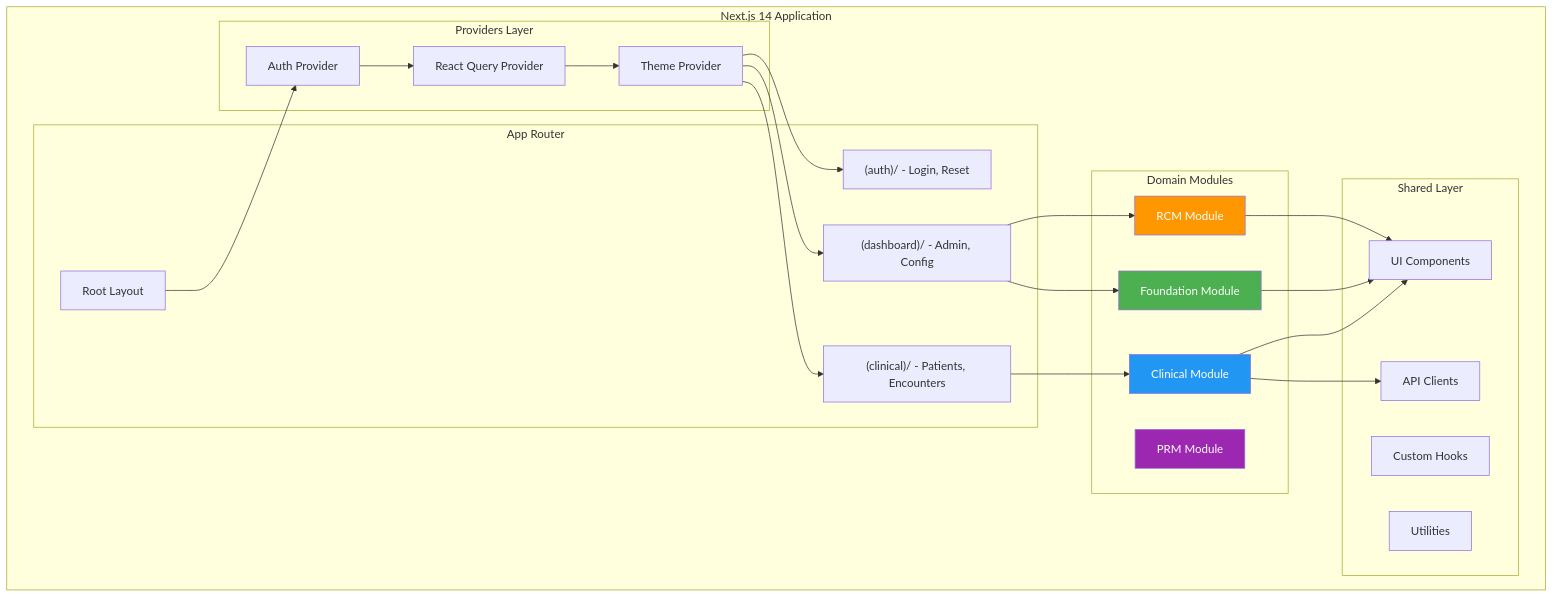
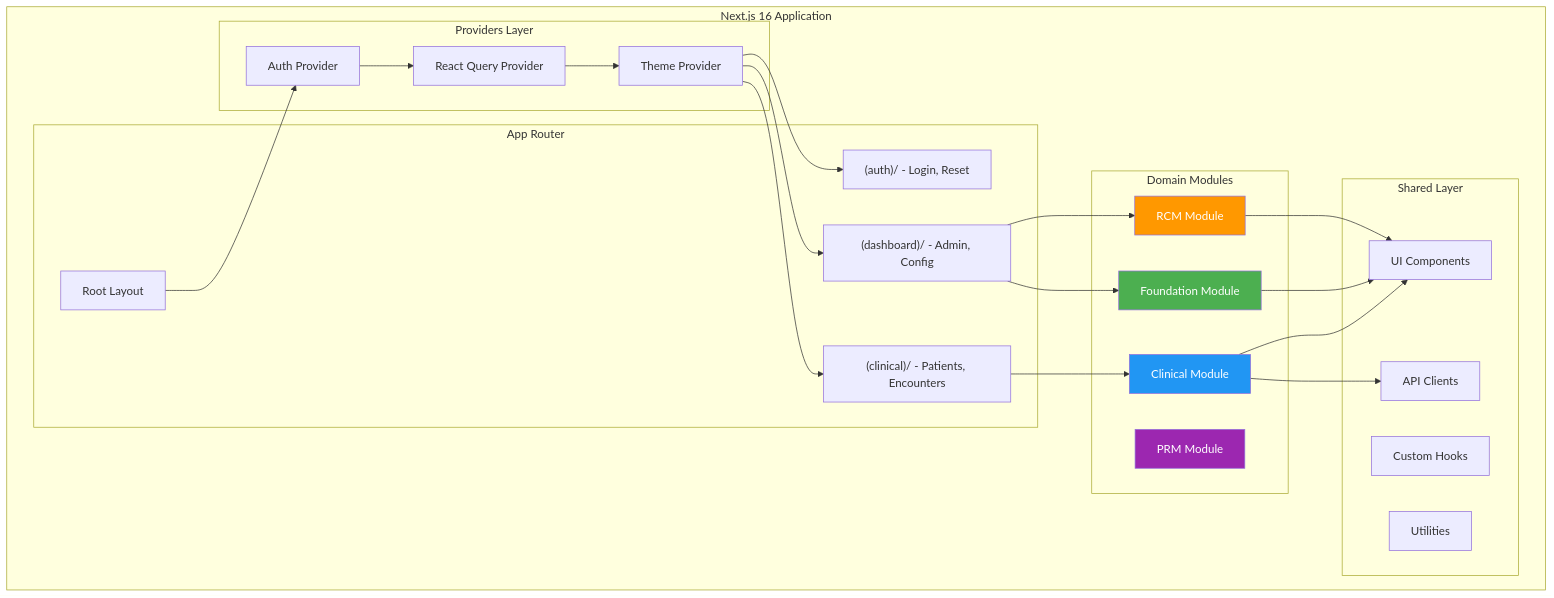
The fifth of 15 diagrams in docs/architecture/TECHNICAL-ARCHITECTURE.md (daivahealth/athma-ce), drawn with Mermaid before and after one commit. The commit also changed other lines of this file and 117 other files, not shown here.

````diff
--- a/docs/architecture/TECHNICAL-ARCHITECTURE.md
+++ b/docs/architecture/TECHNICAL-ARCHITECTURE.md
@@ -438,52 +438,52 @@
 ```mermaid
 graph TD
-    subgraph "Next.js 14 Application"
+    subgraph "Next.js 16 Application"
         subgraph "App Router"
             Layout[Root Layout]
             AuthRoutes["(auth)/ - Login, Reset"]
             ClinicalRoutes["(clinical)/ - Patients, Encounters"]
             DashboardRoutes["(dashboard)/ - Admin, Config"]
         end
 
         subgraph "Providers Layer"
             AuthProvider[Auth Provider]
             QueryProvider[React Query Provider]
             ThemeProvider[Theme Provider]
         end
 
         subgraph "Domain Modules"
             ClinicalModule[Clinical Module]
             FoundationModule[Foundation Module]
             RCMModule[RCM Module]
             PRMModule[PRM Module]
         end
 
         subgraph "Shared Layer"
             Components[UI Components]
             Hooks[Custom Hooks]
             APIClients[API Clients]
             Utils[Utilities]
         end
     end
 
     Layout --> AuthProvider
     AuthProvider --> QueryProvider
     QueryProvider --> ThemeProvider
     ThemeProvider --> AuthRoutes
     ThemeProvider --> ClinicalRoutes
     ThemeProvider --> DashboardRoutes
 
     ClinicalRoutes --> ClinicalModule
     DashboardRoutes --> FoundationModule
     DashboardRoutes --> RCMModule
 
     ClinicalModule --> Components
     ClinicalModule --> APIClients
     FoundationModule --> Components
     RCMModule --> Components
 
     style ClinicalModule fill:#2196F3,color:#fff
     style FoundationModule fill:#4CAF50,color:#fff
     style RCMModule fill:#FF9800,color:#fff
     style PRMModule fill:#9C27B0,color:#fff
 ```
````
